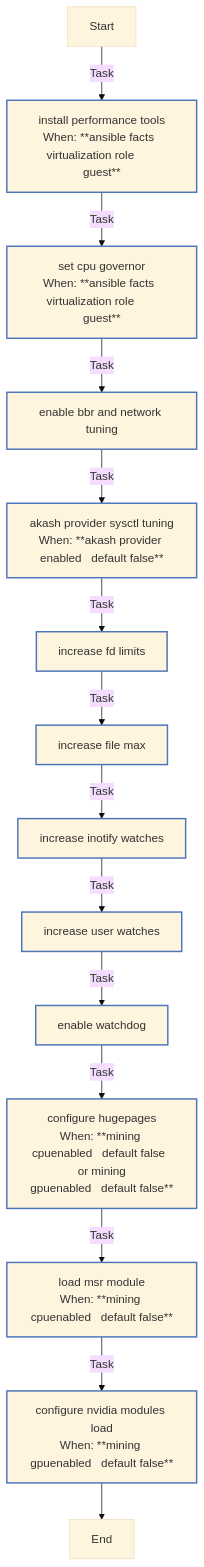
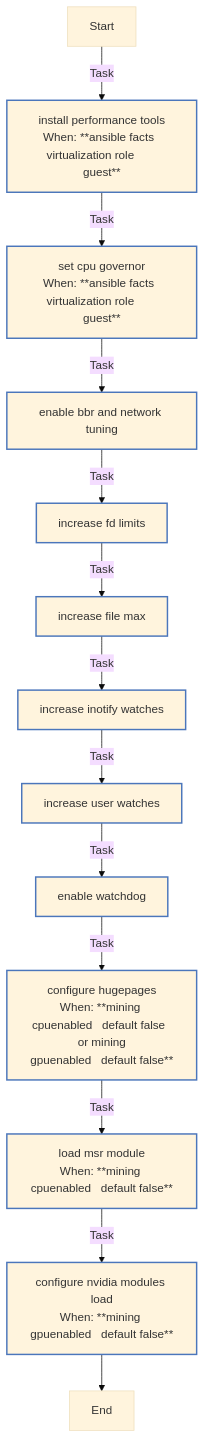
Before and after one commit to rou-cru/k3s-homelab: the eighth of 8 diagrams in roles/common/README.md, drawn with Mermaid (base theme). The commit also changed other lines of this file and 107 other files, not shown here.

````diff
--- a/roles/common/README.md
+++ b/roles/common/README.md
@@ -556,26 +551,25 @@
 ```mermaid
 flowchart TD
 Start
 classDef block stroke:#3498db,stroke-width:2px;
 classDef task stroke:#4b76bb,stroke-width:2px;
 classDef includeTasks stroke:#16a085,stroke-width:2px;
 classDef importTasks stroke:#34495e,stroke-width:2px;
 classDef includeRole stroke:#2980b9,stroke-width:2px;
 classDef importRole stroke:#699ba7,stroke-width:2px;
 classDef includeVars stroke:#8e44ad,stroke-width:2px;
 classDef rescue stroke:#665352,stroke-width:2px;
 
   Start-->|Task| Install_performance_tools0[install performance tools<br>When: **ansible facts  virtualization role       guest**]:::task
   Install_performance_tools0-->|Task| Set_CPU_governor1[set cpu governor<br>When: **ansible facts  virtualization role       guest**]:::task
   Set_CPU_governor1-->|Task| Enable_BBR_and_Network_Tuning2[enable bbr and network tuning]:::task
-  Enable_BBR_and_Network_Tuning2-->|Task| Akash_Provider_sysctl_tuning3[akash provider sysctl tuning<br>When: **akash provider enabled   default false**]:::task
-  Akash_Provider_sysctl_tuning3-->|Task| Increase_FD_limits4[increase fd limits]:::task
-  Increase_FD_limits4-->|Task| Increase_file_max5[increase file max]:::task
-  Increase_file_max5-->|Task| Increase_inotify_watches6[increase inotify watches]:::task
-  Increase_inotify_watches6-->|Task| Increase_user_watches7[increase user watches]:::task
-  Increase_user_watches7-->|Task| Enable_watchdog8[enable watchdog]:::task
-  Enable_watchdog8-->|Task| Configure_hugepages9[configure hugepages<br>When: **mining cpuenabled   default false  or mining<br>gpuenabled   default false**]:::task
-  Configure_hugepages9-->|Task| Load_MSR_module10[load msr module<br>When: **mining cpuenabled   default false**]:::task
-  Load_MSR_module10-->|Task| Configure_Nvidia_modules_load11[configure nvidia modules load<br>When: **mining gpuenabled   default false**]:::task
-  Configure_Nvidia_modules_load11-->End
+  Enable_BBR_and_Network_Tuning2-->|Task| Increase_FD_limits3[increase fd limits]:::task
+  Increase_FD_limits3-->|Task| Increase_file_max4[increase file max]:::task
+  Increase_file_max4-->|Task| Increase_inotify_watches5[increase inotify watches]:::task
+  Increase_inotify_watches5-->|Task| Increase_user_watches6[increase user watches]:::task
+  Increase_user_watches6-->|Task| Enable_watchdog7[enable watchdog]:::task
+  Enable_watchdog7-->|Task| Configure_hugepages8[configure hugepages<br>When: **mining cpuenabled   default false  or mining<br>gpuenabled   default false**]:::task
+  Configure_hugepages8-->|Task| Load_MSR_module9[load msr module<br>When: **mining cpuenabled   default false**]:::task
+  Load_MSR_module9-->|Task| Configure_Nvidia_modules_load10[configure nvidia modules load<br>When: **mining gpuenabled   default false**]:::task
+  Configure_Nvidia_modules_load10-->End
 ```
````
